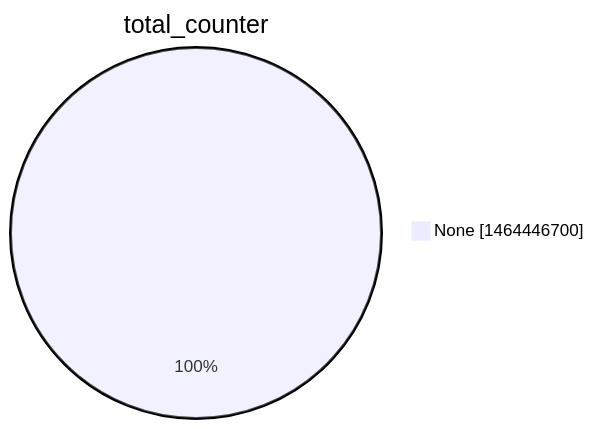
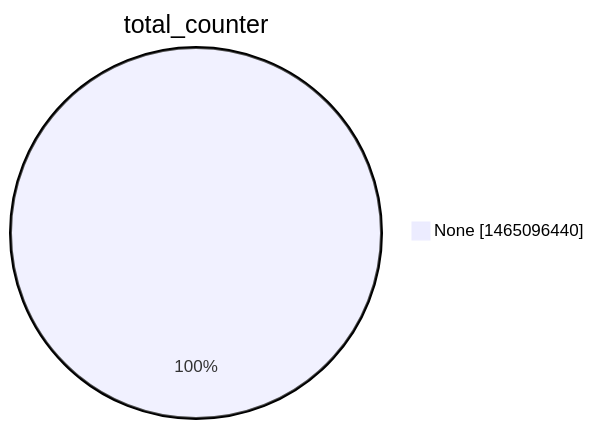
Before and after one commit to christiankrug/ctmonitor_visualization: the second of 15 diagrams in argon2022/README.md, drawn with Mermaid. The commit also changed other lines of this file, not shown here.

````diff
--- a/argon2022/README.md
+++ b/argon2022/README.md
@@ -9,5 +9,5 @@
 ```mermaid
 pie showData
 title total_counter
-"None" :1464446700
+"None" :1465096440
 ```
````
